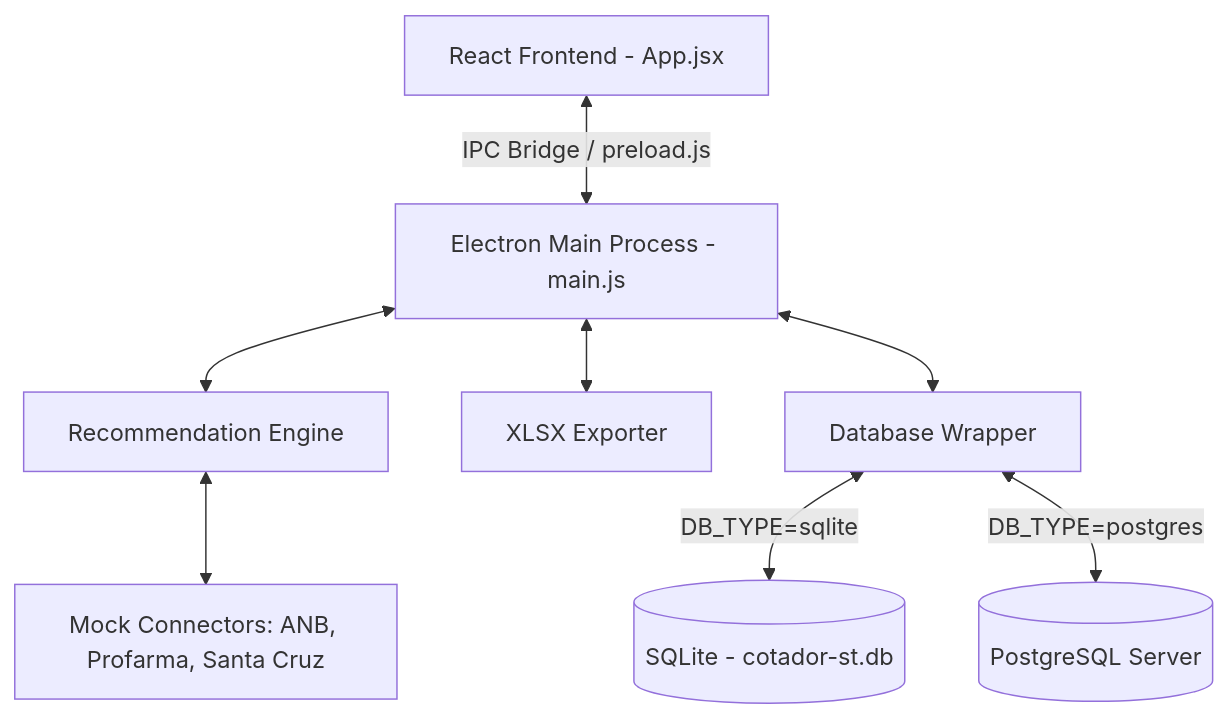
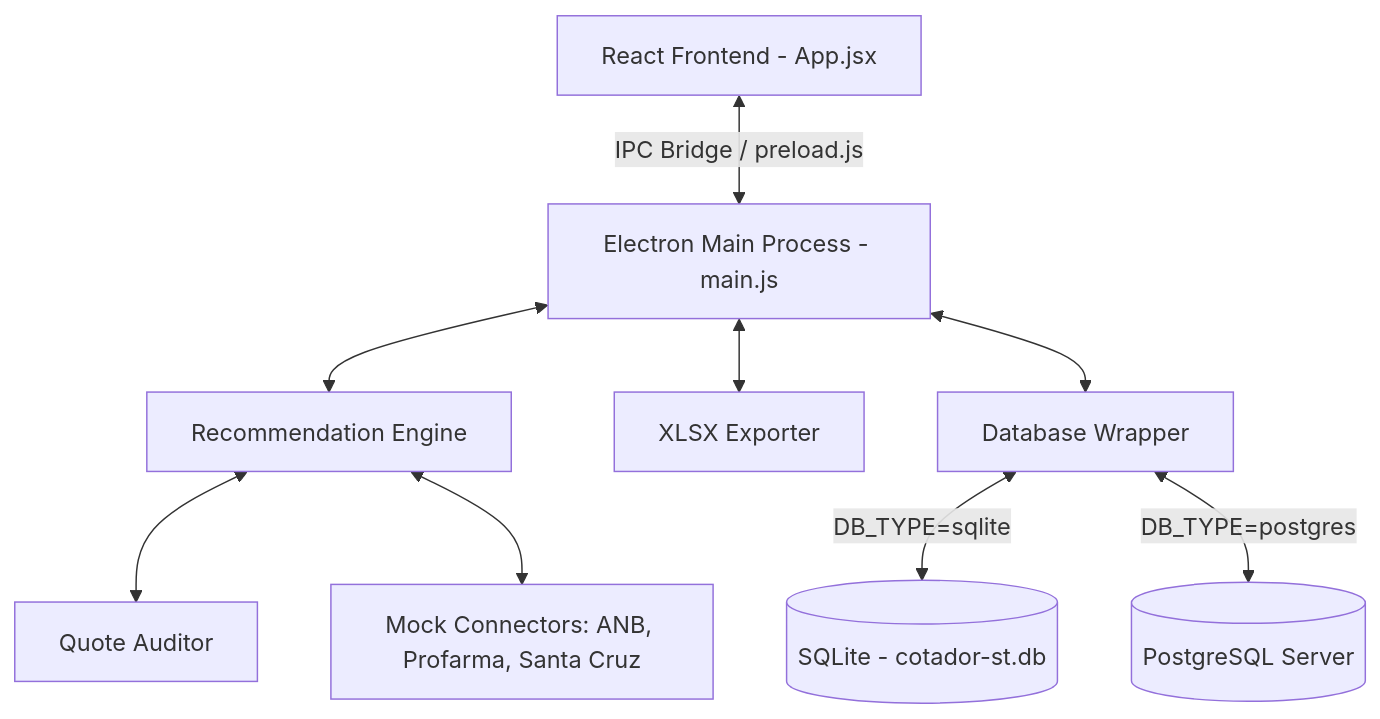
Before and after one commit to WilliYY/cotacao-farmacia: the first of 2 diagrams in docs/AI_SYSTEM_GUIDE.md, drawn with Mermaid. The commit also changed other lines of this file and 24 other files, not shown here.

````diff
--- a/docs/AI_SYSTEM_GUIDE.md
+++ b/docs/AI_SYSTEM_GUIDE.md
@@ -13,10 +13,11 @@
 ```mermaid
 graph TD
     UI[React Frontend - App.jsx] <-->|IPC Bridge / preload.js| Main[Electron Main Process - main.js]
     Main <--> Recommendation[Recommendation Engine]
+    Recommendation <--> QuoteAudit[Quote Auditor]
     Main <--> Exporter[XLSX Exporter]
     Main <--> DBWrapper[Database Wrapper]
     DBWrapper <-->|DB_TYPE=sqlite| SQLite[(SQLite - cotador-st.db)]
     DBWrapper <-->|DB_TYPE=postgres| Postgres[(PostgreSQL Server)]
     Recommendation <--> Connectors[Mock Connectors: ANB, Profarma, Santa Cruz]
 ```
````
